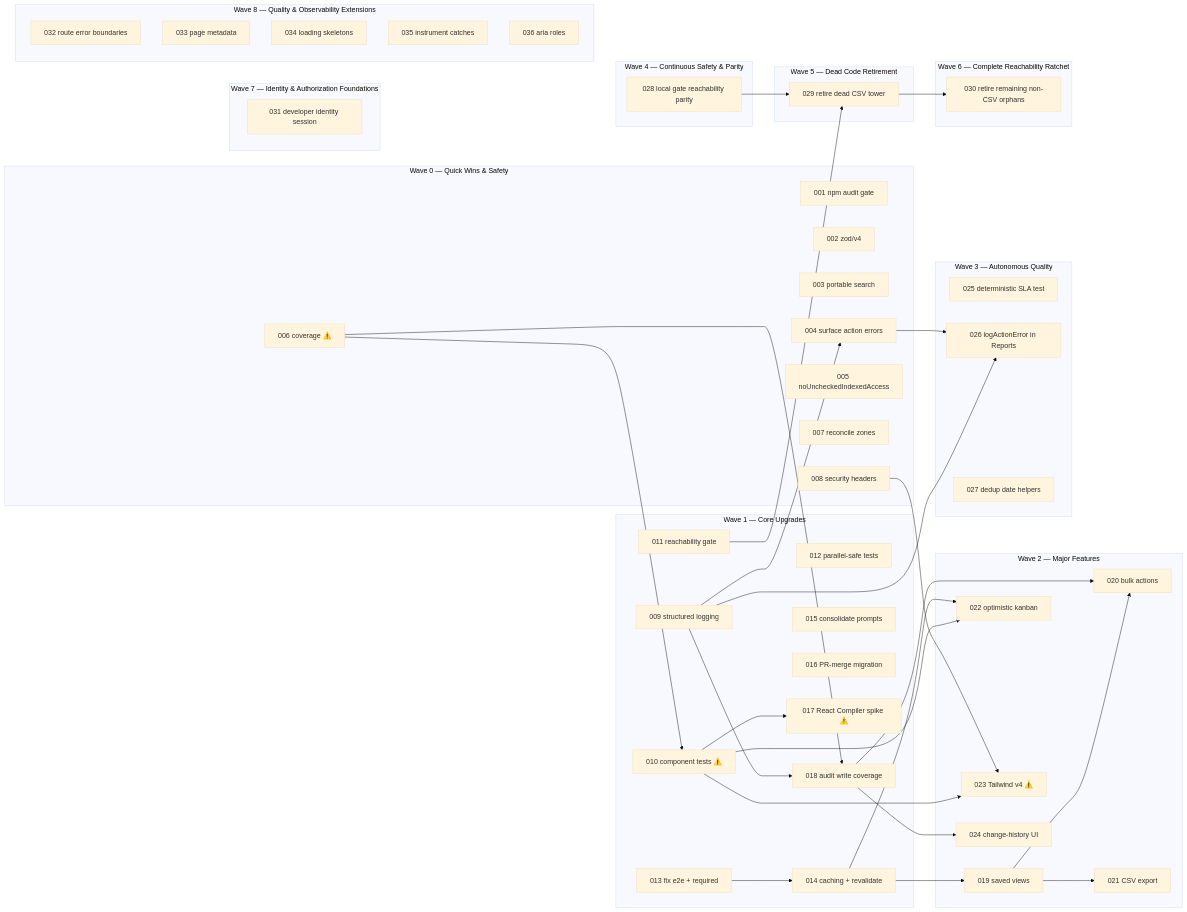
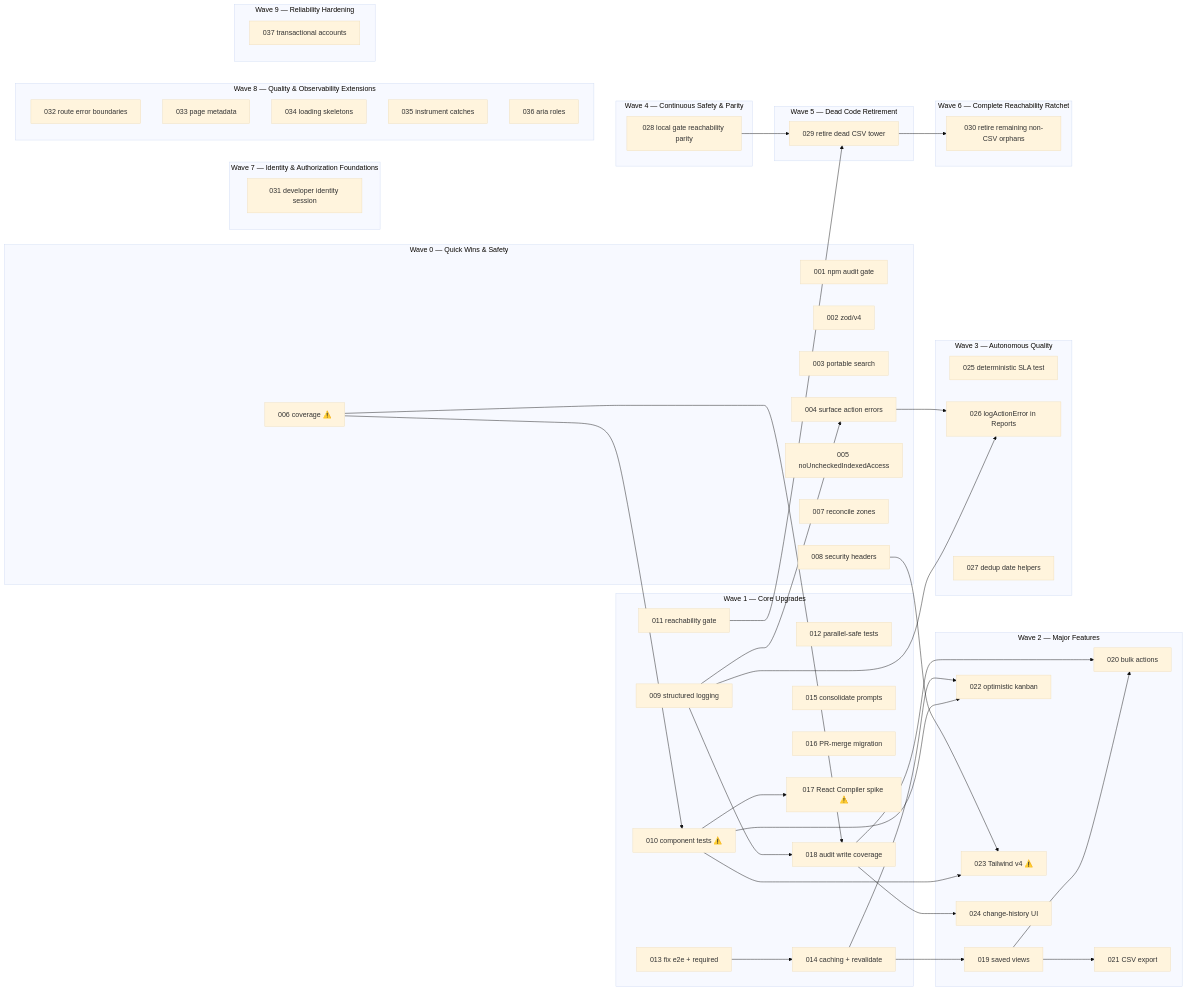
The diagram in plan/ROADMAP.md (michaelcrosato/salesforce-lite-crm), drawn with Mermaid (base theme) before and after one commit. The commit also changed other lines of this file and 3 other files, not shown here.

Commit message:
docs(spec-037): add specification, roadmap, and progress tracking for Wave 9

````diff
--- a/plan/ROADMAP.md
+++ b/plan/ROADMAP.md
@@ -169,78 +177,81 @@
 ```mermaid
 graph LR
   subgraph P0["Wave 0 — Quick Wins & Safety"]
     S001["001 npm audit gate"]
     S002["002 zod/v4"]
     S003["003 portable search"]
     S004["004 surface action errors"]
     S005["005 noUncheckedIndexedAccess"]
     S006["006 coverage ⚠️"]
     S007["007 reconcile zones"]
     S008["008 security headers"]
   end
   subgraph P1["Wave 1 — Core Upgrades"]
     S009["009 structured logging"]
     S010["010 component tests ⚠️"]
     S011["011 reachability gate"]
     S012["012 parallel-safe tests"]
     S013["013 fix e2e + required"]
     S014["014 caching + revalidate"]
     S015["015 consolidate prompts"]
     S016["016 PR-merge migration"]
     S017["017 React Compiler spike ⚠️"]
     S018["018 audit write coverage"]
   end
   subgraph P2["Wave 2 — Major Features"]
     S019["019 saved views"]
     S020["020 bulk actions"]
     S021["021 CSV export"]
     S022["022 optimistic kanban"]
     S023["023 Tailwind v4 ⚠️"]
     S024["024 change-history UI"]
   end
   subgraph P3["Wave 3 — Autonomous Quality"]
     S025["025 deterministic SLA test"]
     S026["026 logActionError in Reports"]
     S027["027 dedup date helpers"]
   end
   subgraph P4["Wave 4 — Continuous Safety & Parity"]
     S028["028 local gate reachability parity"]
   end
   subgraph P5["Wave 5 — Dead Code Retirement"]
     S029["029 retire dead CSV tower"]
   end
   subgraph P6["Wave 6 — Complete Reachability Ratchet"]
     S030["030 retire remaining non-CSV orphans"]
   end
   subgraph P7["Wave 7 — Identity & Authorization Foundations"]
     S031["031 developer identity session"]
   end
   subgraph P8["Wave 8 — Quality & Observability Extensions"]
     S032["032 route error boundaries"]
     S033["033 page metadata"]
     S034["034 loading skeletons"]
     S035["035 instrument catches"]
     S036["036 aria roles"]
   end
+  subgraph P9["Wave 9 — Reliability Hardening"]
+    S037["037 transactional accounts"]
+  end
 
   S009 --> S004
   S009 --> S018
   S006 --> S010
   S006 --> S018
   S013 --> S014
   S010 --> S017
   S010 --> S022
   S010 --> S023
   S008 --> S023
   S014 --> S019
   S014 --> S022
   S019 --> S020
   S019 --> S021
   S018 --> S020
   S018 --> S024
   S009 --> S026
   S004 --> S026
   S011 --> S029
   S028 --> S029
   S029 --> S030
 ```
````
